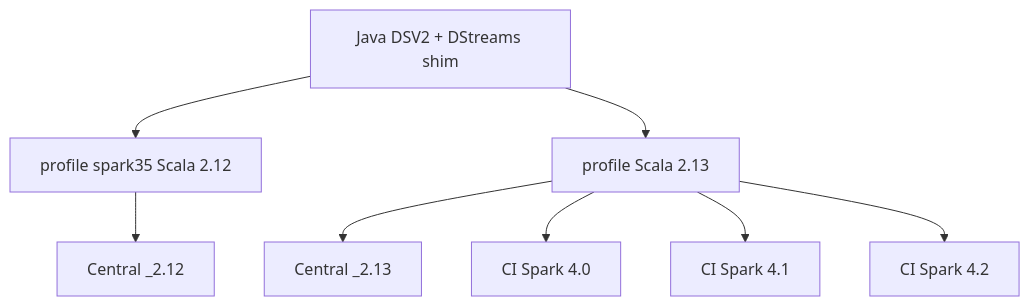
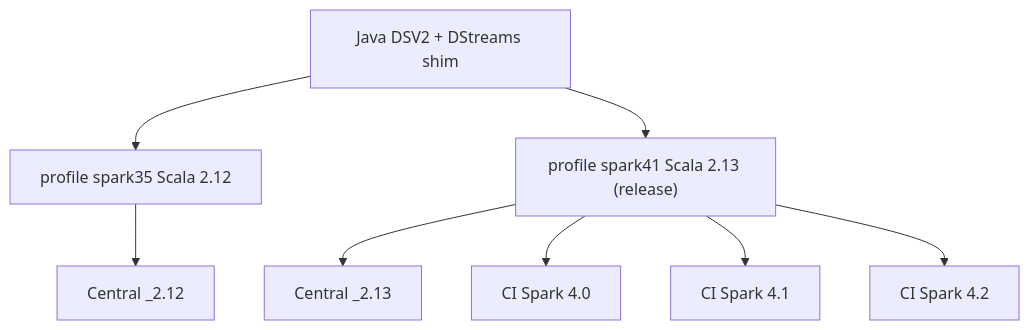
Before and after one commit to juarezr/spark-streaming-google-pubsub: the second of 2 diagrams in docs/publishing-maven-central.md, drawn with Mermaid. The commit also changed other lines of this file and 8 other files, not shown here.

````diff
--- a/docs/publishing-maven-central.md
+++ b/docs/publishing-maven-central.md
@@ -26,11 +26,11 @@
 ```mermaid
 flowchart TB
   src[Java DSV2 + DStreams shim]
   src --> p35["profile spark35 Scala 2.12"]
-  src --> p4x["profile Scala 2.13"]
+  src --> p41["profile spark41 Scala 2.13 (release)"]
   p35 --> c35["Central _2.12"]
-  p4x --> c413["Central _2.13"]
-  p4x --> t40["CI Spark 4.0"]
-  p4x --> t41["CI Spark 4.1"]
-  p4x --> t42["CI Spark 4.2"]
+  p41 --> c413["Central _2.13"]
+  p41 --> t40["CI Spark 4.0"]
+  p41 --> t41["CI Spark 4.1"]
+  p41 --> t42["CI Spark 4.2"]
 ```
````
